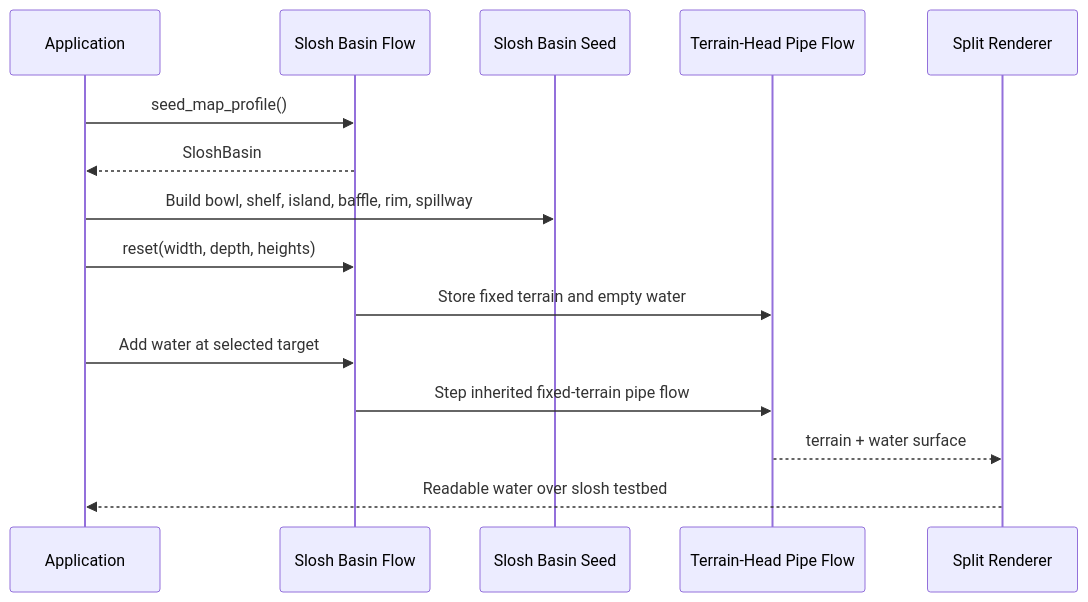
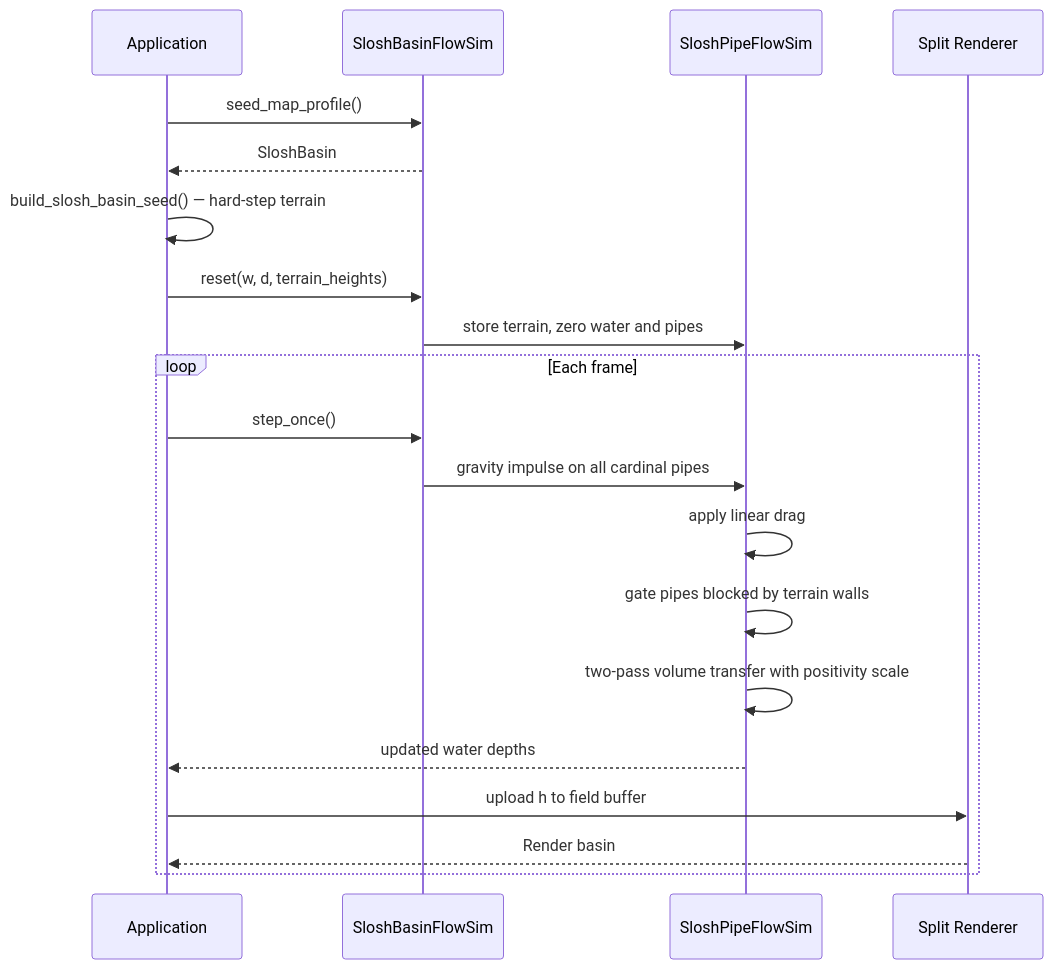
The third of 3 diagrams in projects/grannys-house-trials/subprojects/grass-field-003/lesson_experiment_slosh_basin_flow_sim.md (Dorian-Klingenberg/watershed), drawn with Mermaid before and after one commit. The commit also changed other lines of this file and 12 other files, not shown here.

First line of the commit message:
Add CPU 13 MAC grid slosh solver; rebuild CPU 12 basin terrain; port 004 camera to 003

````diff
--- a/projects/grannys-house-trials/subprojects/grass-field-003/lesson_experiment_slosh_basin_flow_sim.md
+++ b/projects/grannys-house-trials/subprojects/grass-field-003/lesson_experiment_slosh_basin_flow_sim.md
@@ -51,18 +100,23 @@
 ```mermaid
 sequenceDiagram
     participant App as Application
-    participant Sim as Slosh Basin Flow
-    participant Seed as Slosh Basin Seed
-    participant Flow as Terrain-Head Pipe Flow
+    participant Sim as SloshBasinFlowSim
+    participant Pipe as SloshPipeFlowSim
     participant Renderer as Split Renderer
 
     App->>Sim: seed_map_profile()
     Sim-->>App: SloshBasin
-    App->>Seed: Build bowl, shelf, island, baffle, rim, spillway
-    App->>Sim: reset(width, depth, heights)
-    Sim->>Flow: Store fixed terrain and empty water
-    App->>Sim: Add water at selected target
-    Sim->>Flow: Step inherited fixed-terrain pipe flow
-    Flow-->>Renderer: terrain + water surface
-    Renderer-->>App: Readable water over slosh testbed
+    App->>App: build_slosh_basin_seed() — hard-step terrain
+    App->>Sim: reset(w, d, terrain_heights)
+    Sim->>Pipe: store terrain, zero water and pipes
+    loop Each frame
+        App->>Sim: step_once()
+        Sim->>Pipe: gravity impulse on all cardinal pipes
+        Pipe->>Pipe: apply linear drag
+        Pipe->>Pipe: gate pipes blocked by terrain walls
+        Pipe->>Pipe: two-pass volume transfer with positivity scale
+        Pipe-->>App: updated water depths
+        App->>Renderer: upload h to field buffer
+        Renderer-->>App: Render basin
+    end
 ```
````
